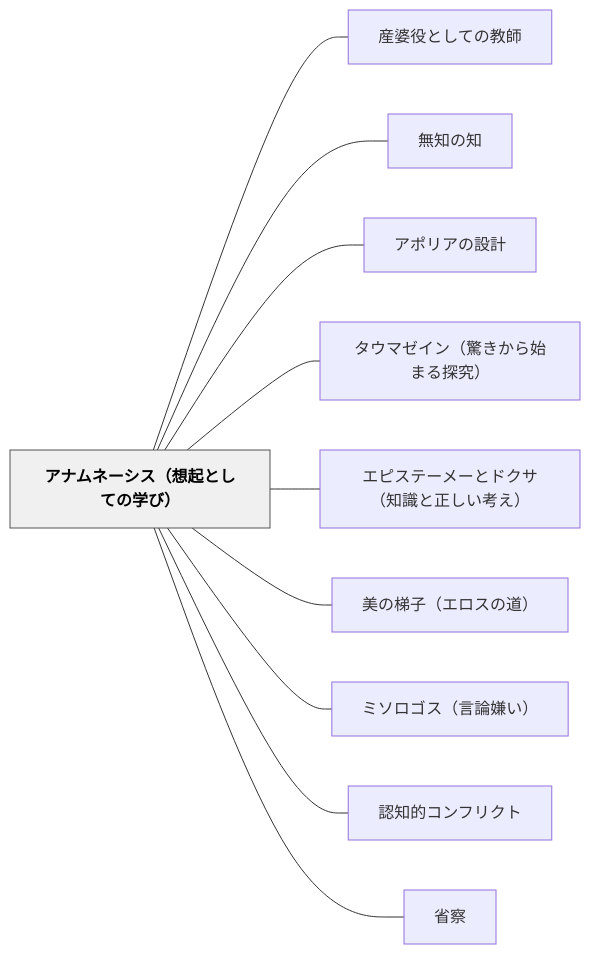
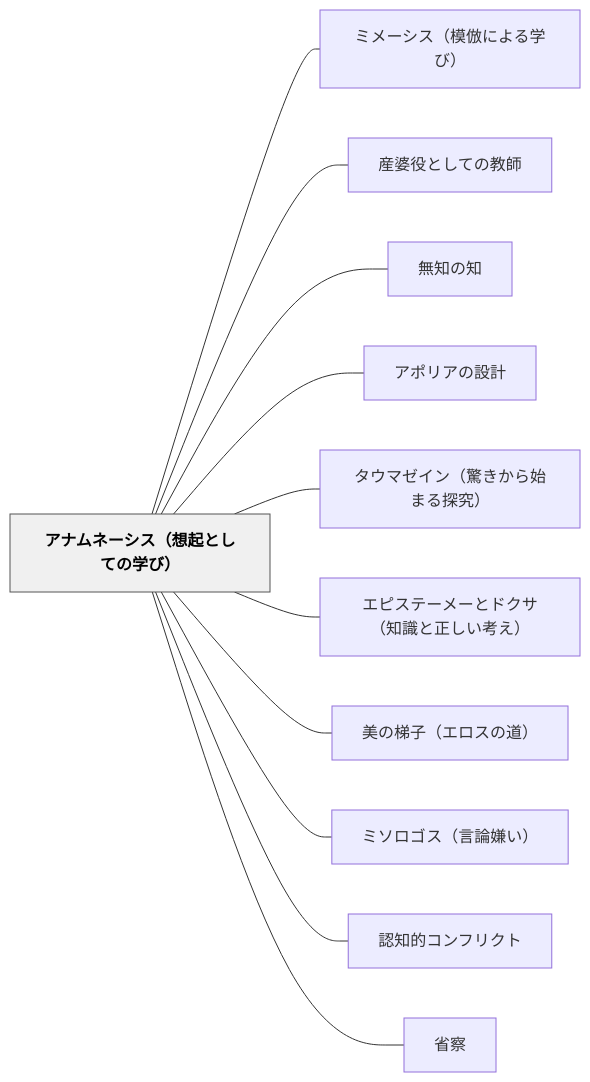
Before and after one commit to unknownthings-ed-patterns/unknownthings-ed-patterns: the diagram in content/パタン/アナムネーシス（想起としての学び）.md, drawn with Mermaid. The commit also changed other lines of this file and 13 other files, not shown here.

````diff
--- a/content/パタン/アナムネーシス（想起としての学び）.md
+++ b/content/パタン/アナムネーシス（想起としての学び）.md
@@ -139,26 +140,28 @@
 ```mermaid
 flowchart LR
     ne382a2e3838ae383a0e3838de383bce382b7e382b9efbc88e683b3e8b5b7e381a8e38197e381a6e381aee5ada6e381b3efbc89["アナムネーシス（想起としての学び）"]
+    ne3839fe383a1e383bce382b7e382b9efbc88e6a8a1e580a3e381abe38288e3828be5ada6e381b3efbc89["ミメーシス（模倣による学び）"]
     ne794a3e5a986e5bdb9e381a8e38197e381a6e381aee69599e5b8ab["産婆役としての教師"]
     ne784a1e79fa5e381aee79fa5["無知の知"]
     ne382a2e3839de383aae382a2e381aee8a8ade8a888["アポリアの設計"]
     ne382bfe382a6e3839ee382bce382a4e383b3efbc88e9a99ae3818de3818be38289e5a78be381bee3828be68ea2e7a9b6efbc89["タウマゼイン（驚きから始まる探究）"]
     ne382a8e38394e382b9e38386e383bce383a1e383bce381a8e38389e382afe382b5efbc88e79fa5e8ad98e381a8e6ada3e38197e38184e88083e38188efbc89["エピステーメーとドクサ（知識と正しい考え）"]
     ne7be8ee381aee6a2afe5ad90efbc88e382a8e383ade382b9e381aee98193efbc89["美の梯子（エロスの道）"]
     ne3839fe382bde383ade382b4e382b9efbc88e8a880e8ab96e5ab8ce38184efbc89["ミソロゴス（言論嫌い）"]
     ne8aa8de79fa5e79a84e382b3e383b3e38395e383aae382afe38388["認知的コンフリクト"]
     ne79c81e5af9f["省察"]
 
+    ne382a2e3838ae383a0e3838de383bce382b7e382b9efbc88e683b3e8b5b7e381a8e38197e381a6e381aee5ada6e381b3efbc89 --- ne3839fe383a1e383bce382b7e382b9efbc88e6a8a1e580a3e381abe38288e3828be5ada6e381b3efbc89
     ne382a2e3838ae383a0e3838de383bce382b7e382b9efbc88e683b3e8b5b7e381a8e38197e381a6e381aee5ada6e381b3efbc89 --- ne794a3e5a986e5bdb9e381a8e38197e381a6e381aee69599e5b8ab
     ne382a2e3838ae383a0e3838de383bce382b7e382b9efbc88e683b3e8b5b7e381a8e38197e381a6e381aee5ada6e381b3efbc89 --- ne784a1e79fa5e381aee79fa5
     ne382a2e3838ae383a0e3838de383bce382b7e382b9efbc88e683b3e8b5b7e381a8e38197e381a6e381aee5ada6e381b3efbc89 --- ne382a2e3839de383aae382a2e381aee8a8ade8a888
     ne382a2e3838ae383a0e3838de383bce382b7e382b9efbc88e683b3e8b5b7e381a8e38197e381a6e381aee5ada6e381b3efbc89 --- ne382bfe382a6e3839ee382bce382a4e383b3efbc88e9a99ae3818de3818be38289e5a78be381bee3828be68ea2e7a9b6efbc89
     ne382a2e3838ae383a0e3838de383bce382b7e382b9efbc88e683b3e8b5b7e381a8e38197e381a6e381aee5ada6e381b3efbc89 --- ne382a8e38394e382b9e38386e383bce383a1e383bce381a8e38389e382afe382b5efbc88e79fa5e8ad98e381a8e6ada3e38197e38184e88083e38188efbc89
     ne382a2e3838ae383a0e3838de383bce382b7e382b9efbc88e683b3e8b5b7e381a8e38197e381a6e381aee5ada6e381b3efbc89 --- ne7be8ee381aee6a2afe5ad90efbc88e382a8e383ade382b9e381aee98193efbc89
     ne382a2e3838ae383a0e3838de383bce382b7e382b9efbc88e683b3e8b5b7e381a8e38197e381a6e381aee5ada6e381b3efbc89 --- ne3839fe382bde383ade382b4e382b9efbc88e8a880e8ab96e5ab8ce38184efbc89
     ne382a2e3838ae383a0e3838de383bce382b7e382b9efbc88e683b3e8b5b7e381a8e38197e381a6e381aee5ada6e381b3efbc89 --- ne8aa8de79fa5e79a84e382b3e383b3e38395e383aae382afe38388
     ne382a2e3838ae383a0e3838de383bce382b7e382b9efbc88e683b3e8b5b7e381a8e38197e381a6e381aee5ada6e381b3efbc89 --- ne79c81e5af9f
 
     classDef hub fill:#f0f0f0,stroke:#555,color:#000,font-weight:bold
     class ne382a2e3838ae383a0e3838de383bce382b7e382b9efbc88e683b3e8b5b7e381a8e38197e381a6e381aee5ada6e381b3efbc89 hub
 ```
````
